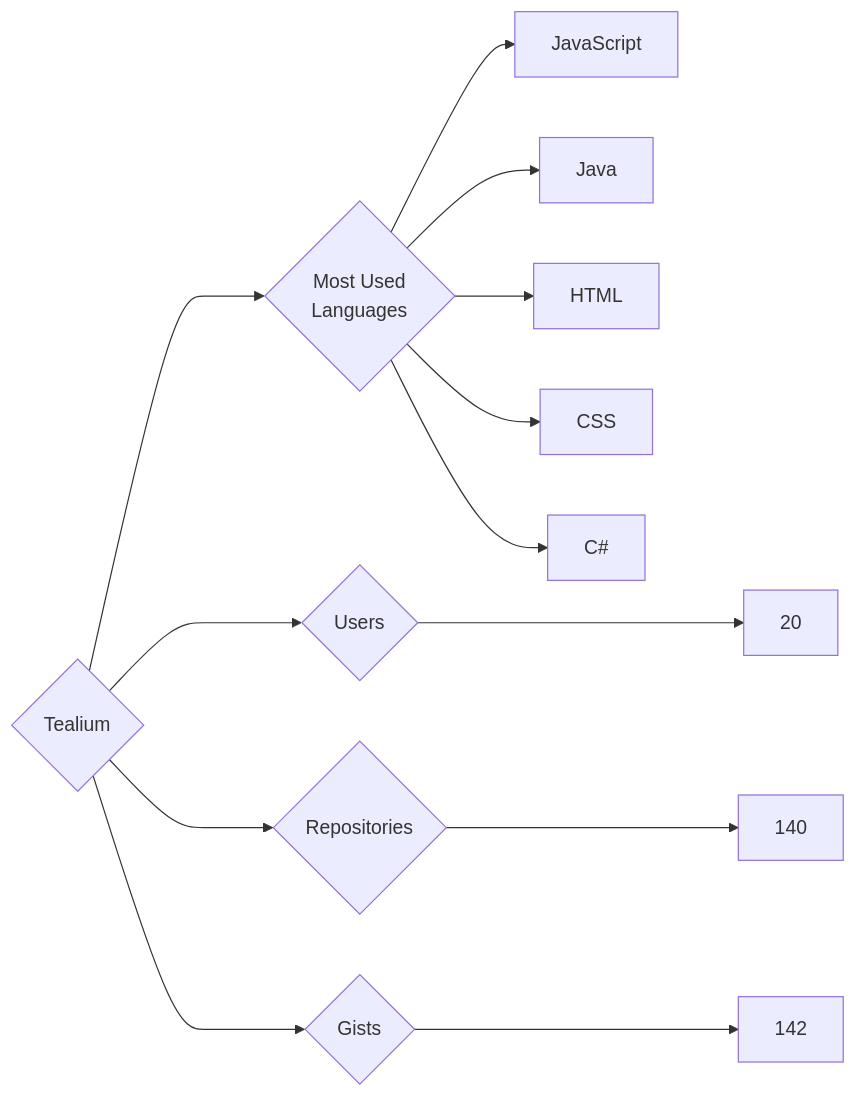
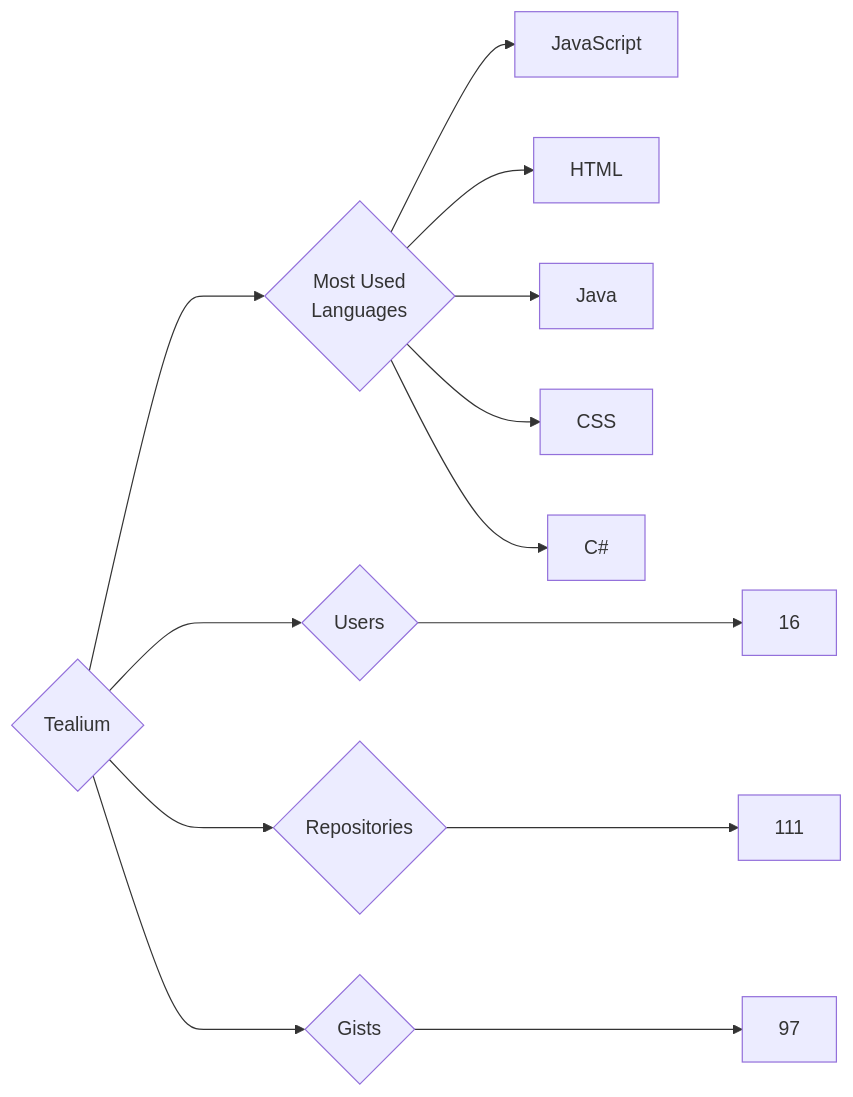
Before and after one commit to trickest/insiders: the diagram in targets/Tealium/README.md, drawn with Mermaid. The commit also changed 799 other files, not shown here.

````diff
--- a/targets/Tealium/README.md
+++ b/targets/Tealium/README.md
@@ -3,13 +3,13 @@
 ```mermaid
 graph LR
 COMPANY_NAME{Tealium}
-COMPANY_NAME ---> U{Users} ---> UN[20]
-COMPANY_NAME ---> R{Repositories} ---> RN[140]
-COMPANY_NAME ---> G{Gists} ---> GN[142]
+COMPANY_NAME ---> U{Users} ---> UN[16]
+COMPANY_NAME ---> R{Repositories} ---> RN[111]
+COMPANY_NAME ---> G{Gists} ---> GN[97]
 COMPANY_NAME ---> ML{Most Used<br>Languages}
 ML --> JavaScript[JavaScript]
+ML --> HTML[HTML]
 ML --> Java[Java]
-ML --> HTML[HTML]
 ML --> CSS[CSS]
 ML --> C#[C#]
 ```
````
